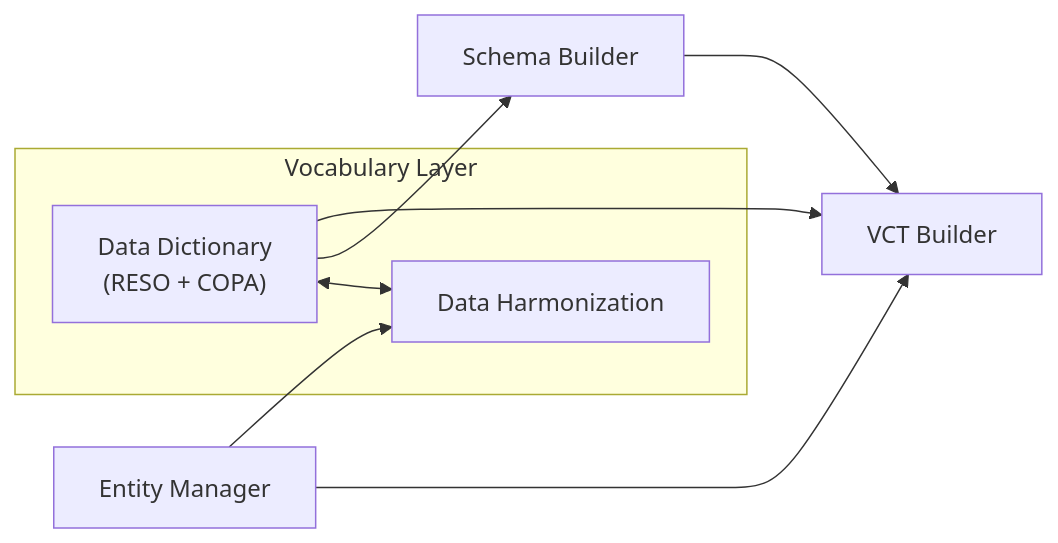
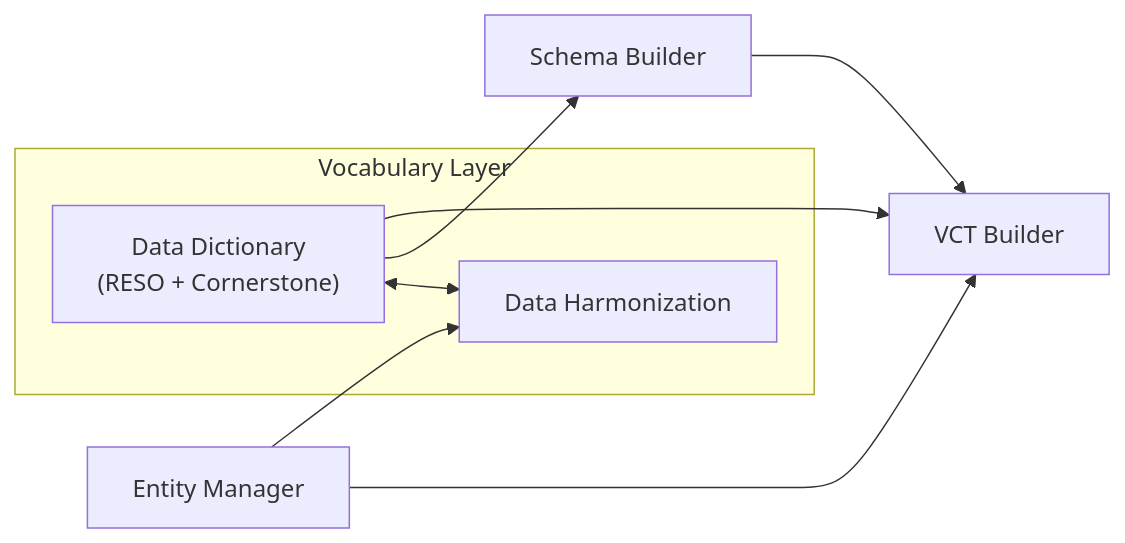
The diagram in site/architecture/apps.md (Canadian-Open-Property-Association/governance), drawn with Mermaid before and after one commit. The commit also changed other lines of this file and 11 other files, not shown here.

````diff
--- a/site/architecture/apps.md
+++ b/site/architecture/apps.md
@@ -17,18 +17,18 @@
 ```mermaid
 flowchart LR
     subgraph Vocabulary["Vocabulary Layer"]
-        DD["Data Dictionary<br/>(RESO + COPA)"]
+        DD["Data Dictionary<br/>(RESO + Cornerstone)"]
         DH["Data Harmonization"]
     end
 
     EM["Entity Manager"]
     SB["Schema Builder"]
     VB["VCT Builder"]
 
     DD <--> DH
     EM --> DH
     DD --> SB
     DD --> VB
     EM --> VB
     SB --> VB
 ```
````
